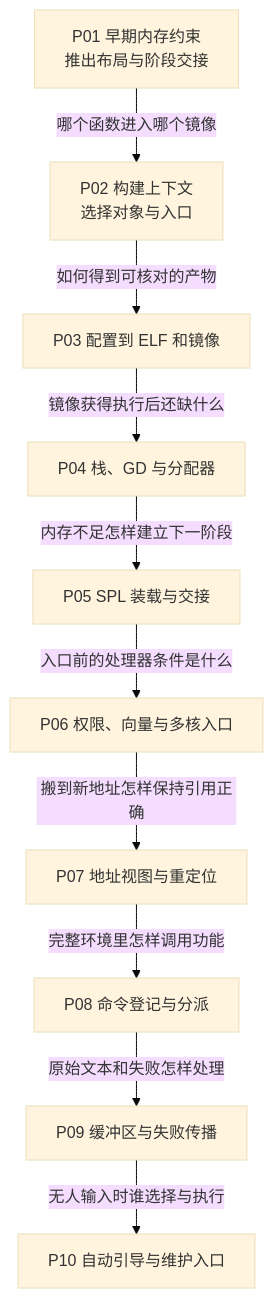
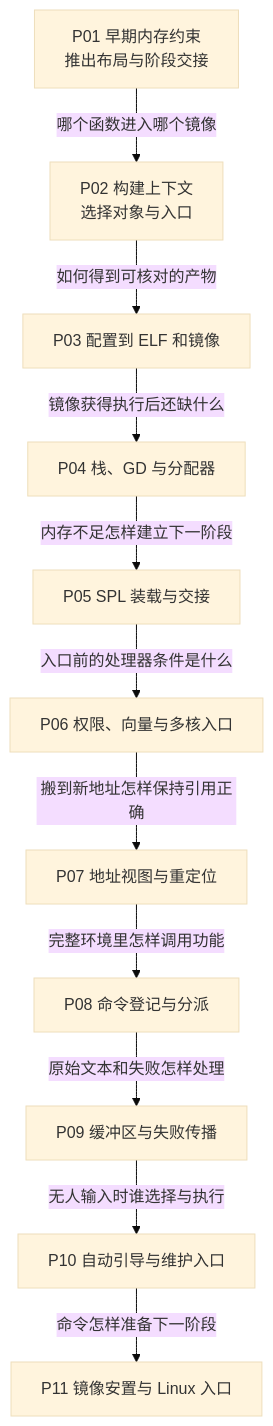
Before and after one commit to FormingSystem/linux_note: the diagram in knowledge/system_software/uboot/大纲.md, drawn with Mermaid (base theme). The commit also changed other lines of this file and 21 other files, not shown here.

````diff
--- a/knowledge/system_software/uboot/大纲.md
+++ b/knowledge/system_software/uboot/大纲.md
@@ -21,12 +21,13 @@
 ```mermaid
 flowchart TD
     A["P01 早期内存约束<br/>推出布局与阶段交接"] -->|哪个函数进入哪个镜像| B["P02 构建上下文<br/>选择对象与入口"]
     B -->|如何得到可核对的产物| C["P03 配置到 ELF 和镜像"]
     C -->|镜像获得执行后还缺什么| D["P04 栈、GD 与分配器"]
     D -->|内存不足怎样建立下一阶段| E["P05 SPL 装载与交接"]
     E -->|入口前的处理器条件是什么| F["P06 权限、向量与多核入口"]
     F -->|搬到新地址怎样保持引用正确| G["P07 地址视图与重定位"]
     G -->|完整环境里怎样调用功能| H["P08 命令登记与分派"]
     H -->|原始文本和失败怎样处理| I["P09 缓冲区与失败传播"]
     I -->|无人输入时谁选择与执行| J["P10 自动引导与维护入口"]
+    J -->|命令怎样准备下一阶段| K["P11 镜像安置与 Linux 入口"]
 ```
````
